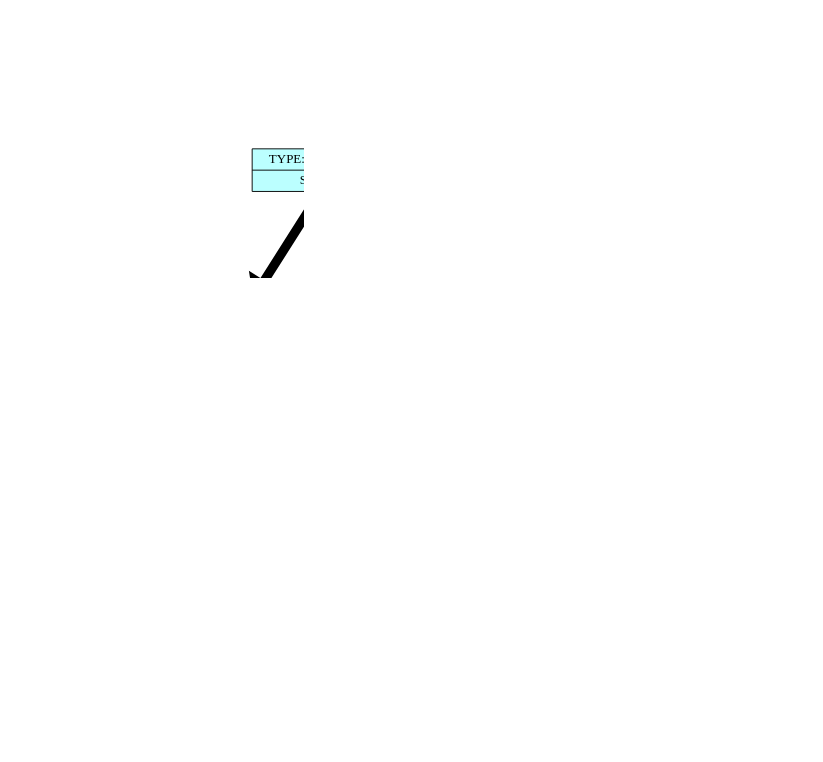
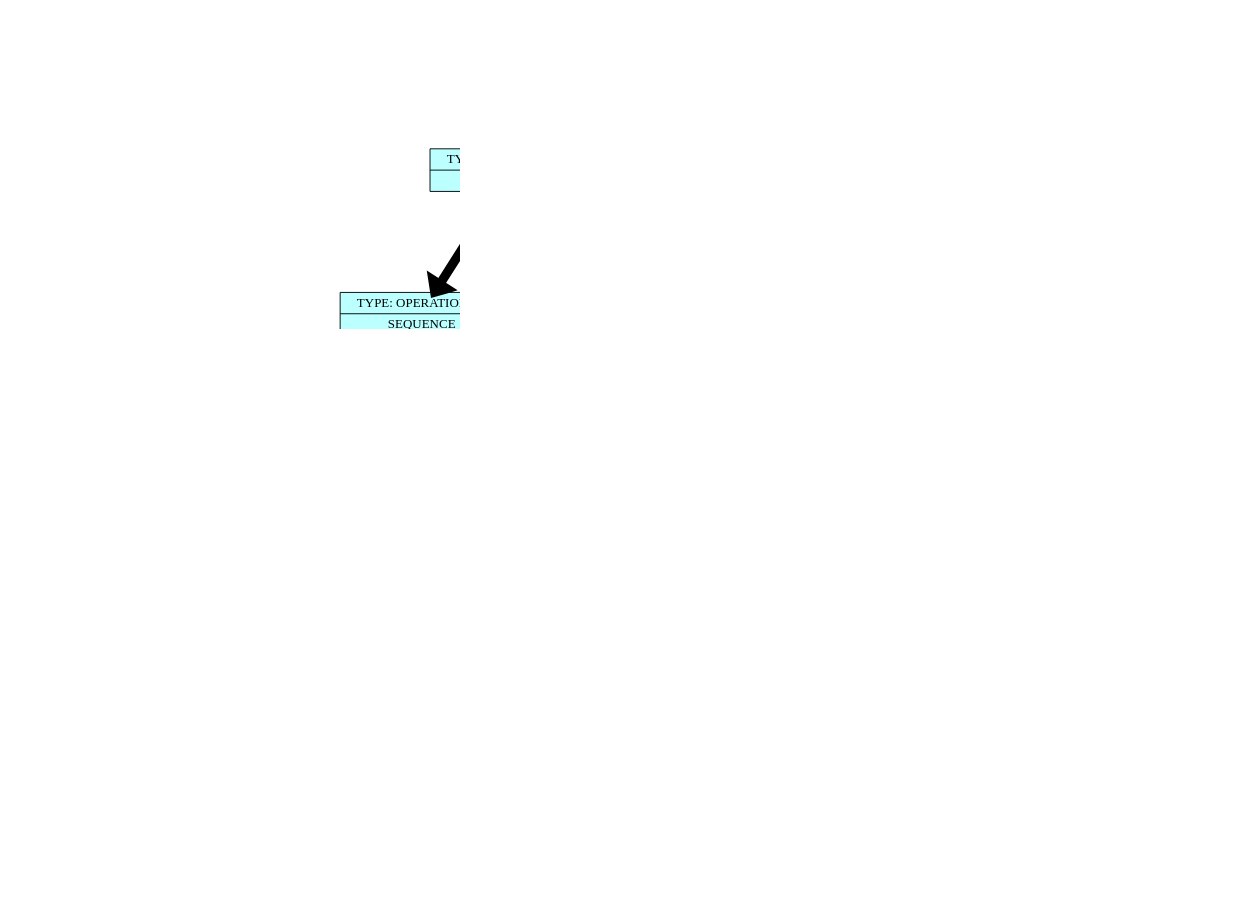
Before and after one commit to Troll0ton/Trollanguage: the diagram in frontend/dump/list_graph.dot, drawn with Graphviz. The commit also changed 37 other files, not shown here.

```diff
--- a/frontend/dump/list_graph.dot
+++ b/frontend/dump/list_graph.dot
@@ -1,44 +1,74 @@
 digraph structs {    
 rankdir = TB;        
 graph [dpi = 200];   
 ranksep = 1.5;       
 edge[penwidth = 10]; 
 cell0 [style = filled, color = black, shape=record, 
 fillcolor = paleturquoise1, label = " { <ptr> TYPE: OPERATION (0) | SEQUENCE} " ];                         
 cell1 [style = filled, color = black, shape=record, 
 fillcolor = paleturquoise1, label = " { <ptr> TYPE: OPERATION (0) | SEQUENCE} " ];                         
 cell2 [style = filled, color = black, shape=record, 
+fillcolor = paleturquoise1, label = " { <ptr> TYPE: OPERATION (0) | SEQUENCE} " ];                         
+cell3 [style = filled, color = black, shape=record, 
 fillcolor = paleturquoise1, label = " { <ptr> TYPE: OPERATION (0) | ASSIGNMENT} " ];                         
-cell3 [style = filled, color = black, shape=record, 
+cell4 [style = filled, color = black, shape=record, 
 fillcolor = darkolivegreen2, label = " { <ptr> TYPE: VARIABLE (4) | x} " ];                         
-cell4 [style = filled, color = black, shape=record, 
+cell5 [style = filled, color = black, shape=record, 
 fillcolor = coral2, label = " { <ptr> TYPE: NUMERIC (4) | 5} " ];                         
-cell5 [style = filled, color = black, shape=record, 
+cell6 [style = filled, color = black, shape=record, 
+fillcolor = paleturquoise1, label = " { <ptr> TYPE: OPERATION (0) | ASSIGNMENT} " ];                         
+cell7 [style = filled, color = black, shape=record, 
+fillcolor = darkolivegreen2, label = " { <ptr> TYPE: VARIABLE (4) | y} " ];                         
+cell8 [style = filled, color = black, shape=record, 
+fillcolor = coral2, label = " { <ptr> TYPE: NUMERIC (4) | 10} " ];                         
+cell9 [style = filled, color = black, shape=record, 
 fillcolor = paleturquoise1, label = " { <ptr> TYPE: OPERATION (0) | WHILE} " ];                         
-cell6 [style = filled, color = black, shape=record, 
-fillcolor = darkolivegreen2, label = " { <ptr> TYPE: VARIABLE (4) | x} " ];                         
-cell7 [style = filled, color = black, shape=record, 
-fillcolor = paleturquoise1, label = " { <ptr> TYPE: OPERATION (0) | ASSIGNMENT} " ];                         
-cell8 [style = filled, color = black, shape=record, 
-fillcolor = darkolivegreen2, label = " { <ptr> TYPE: VARIABLE (4) | x} " ];                         
-cell9 [style = filled, color = black, shape=record, 
-fillcolor = paleturquoise1, label = " { <ptr> TYPE: OPERATION (1) | -} " ];                         
 cell10 [style = filled, color = black, shape=record, 
 fillcolor = darkolivegreen2, label = " { <ptr> TYPE: VARIABLE (4) | x} " ];                         
 cell11 [style = filled, color = black, shape=record, 
+fillcolor = paleturquoise1, label = " { <ptr> TYPE: OPERATION (0) | SEQUENCE} " ];                         
+cell12 [style = filled, color = black, shape=record, 
+fillcolor = paleturquoise1, label = " { <ptr> TYPE: OPERATION (0) | ASSIGNMENT} " ];                         
+cell13 [style = filled, color = black, shape=record, 
+fillcolor = darkolivegreen2, label = " { <ptr> TYPE: VARIABLE (4) | x} " ];                         
+cell14 [style = filled, color = black, shape=record, 
+fillcolor = paleturquoise1, label = " { <ptr> TYPE: OPERATION (1) | -} " ];                         
+cell15 [style = filled, color = black, shape=record, 
+fillcolor = darkolivegreen2, label = " { <ptr> TYPE: VARIABLE (4) | x} " ];                         
+cell16 [style = filled, color = black, shape=record, 
 fillcolor = coral2, label = " { <ptr> TYPE: NUMERIC (4) | 1} " ];                         
-cell12 [style = filled, color = black, shape=record, 
-fillcolor = darkolivegreen2, label = " { <ptr> TYPE: VARIABLE (4) | x} " ];                         
+cell17 [style = filled, color = black, shape=record, 
+fillcolor = paleturquoise1, label = " { <ptr> TYPE: OPERATION (0) | ASSIGNMENT} " ];                         
+cell18 [style = filled, color = black, shape=record, 
+fillcolor = darkolivegreen2, label = " { <ptr> TYPE: VARIABLE (4) | y} " ];                         
+cell19 [style = filled, color = black, shape=record, 
+fillcolor = paleturquoise1, label = " { <ptr> TYPE: OPERATION (1) | +} " ];                         
+cell20 [style = filled, color = black, shape=record, 
+fillcolor = darkolivegreen2, label = " { <ptr> TYPE: VARIABLE (4) | y} " ];                         
+cell21 [style = filled, color = black, shape=record, 
+fillcolor = coral2, label = " { <ptr> TYPE: NUMERIC (4) | 1} " ];                         
+cell22 [style = filled, color = black, shape=record, 
+fillcolor = darkolivegreen2, label = " { <ptr> TYPE: VARIABLE (4) | y} " ];                         
 cell0 -> cell1;
 cell1 -> cell2;
 cell2 -> cell3;
-cell2 -> cell4;
-cell1 -> cell5;
-cell5 -> cell6;
-cell5 -> cell7;
-cell7 -> cell8;
-cell7 -> cell9;
+cell3 -> cell4;
+cell3 -> cell5;
+cell2 -> cell6;
+cell6 -> cell7;
+cell6 -> cell8;
+cell1 -> cell9;
 cell9 -> cell10;
 cell9 -> cell11;
-cell0 -> cell12;
+cell11 -> cell12;
+cell12 -> cell13;
+cell12 -> cell14;
+cell14 -> cell15;
+cell14 -> cell16;
+cell11 -> cell17;
+cell17 -> cell18;
+cell17 -> cell19;
+cell19 -> cell20;
+cell19 -> cell21;
+cell0 -> cell22;
 }
```
